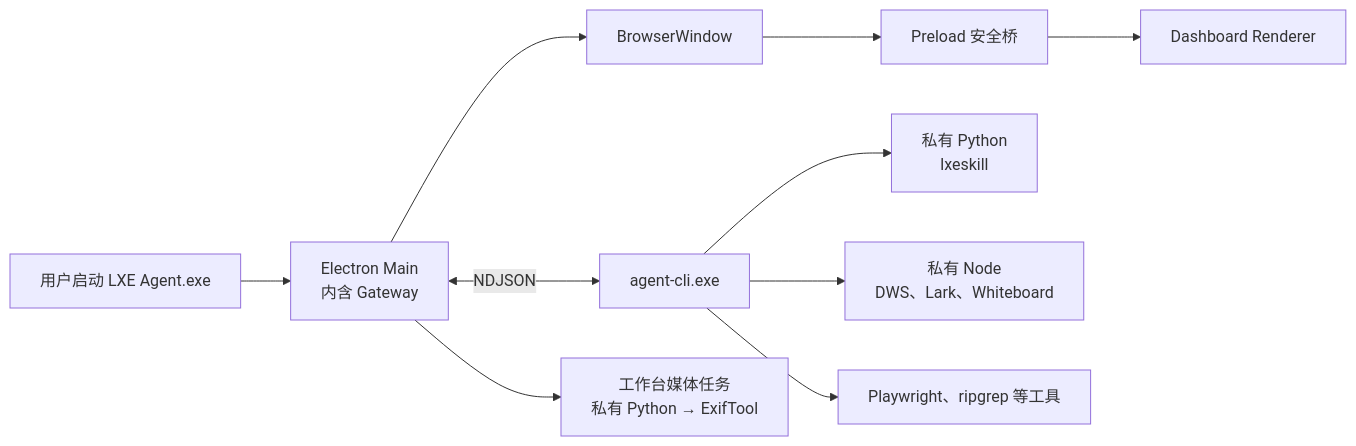
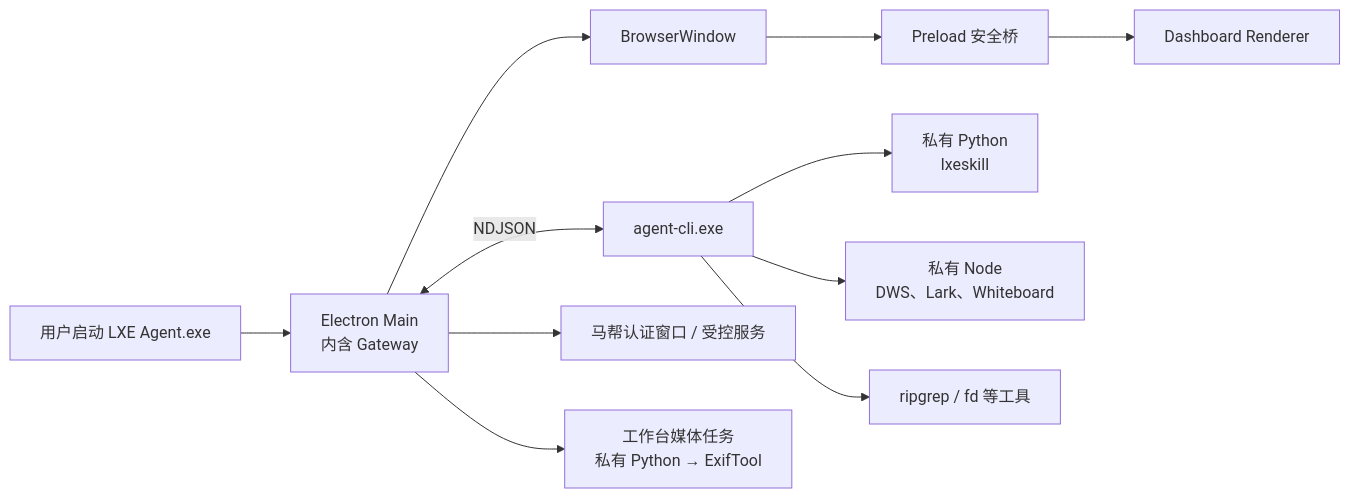
The second of 2 diagrams in docs/desktop/packaging-pipeline.md (LXE123/LXE_AGENT), drawn with Mermaid before and after one commit. The commit also changed other lines of this file and 100 other files, not shown here.

````diff
--- a/docs/desktop/packaging-pipeline.md
+++ b/docs/desktop/packaging-pipeline.md
@@ -363,12 +373,13 @@
 ```mermaid
 flowchart LR
     USER["用户启动 LXE Agent.exe"] --> MAIN["Electron Main<br/>内含 Gateway"]
     MAIN --> WINDOW["BrowserWindow"]
     WINDOW --> PRELOAD["Preload 安全桥"]
     PRELOAD --> UI["Dashboard Renderer"]
     MAIN <-->|"NDJSON"| AGENT["agent-cli.exe"]
     AGENT --> PY["私有 Python<br/>lxeskill"]
     AGENT --> NODE["私有 Node<br/>DWS、Lark、Whiteboard"]
-    AGENT --> TOOLS["Playwright、ripgrep 等工具"]
+    AGENT --> TOOLS["ripgrep / fd 等工具"]
+    MAIN --> AUTH["马帮认证窗口 / 受控服务"]
     MAIN --> MEDIA["工作台媒体任务<br/>私有 Python → ExifTool"]
 ```
````
